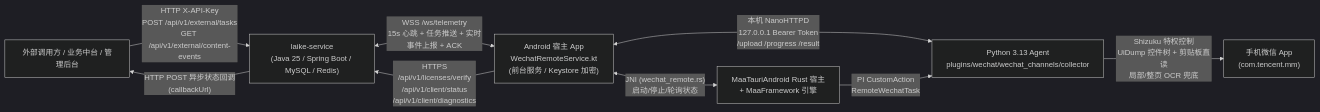
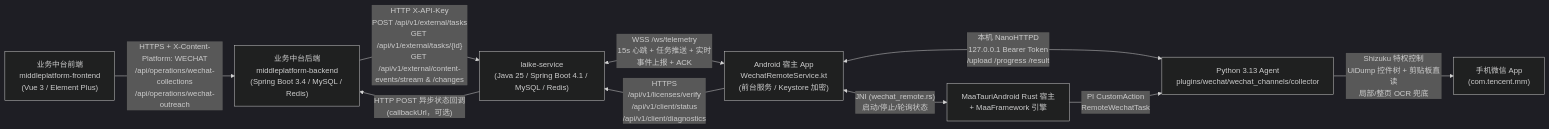
One commit to left0ver/xiaohongshu_wx_maa changed the diagram in HANDOVER.md. Above: the diagram before and after it, drawn with Mermaid (dark theme). The commit also changed other lines of this file, not shown here.

First line of the commit message:
docs(wechat): 在HANDOVER.md补充上游业务中台(middleplatform)视频号接入与维护指南

````diff
--- a/HANDOVER.md
+++ b/HANDOVER.md
@@ -18,14 +20,15 @@
 ```mermaid
 flowchart LR
-    Caller["外部调用方 / 业务中台 / 管理后台"] -->|"HTTP X-API-Key\nPOST /api/v1/external/tasks\nGET /api/v1/external/content-events"| Server["laike-service\n(Java 25 / Spring Boot / MySQL / Redis)"]
-    Server -->|"HTTP POST 异步状态回调\n(callbackUrl)"| Caller
+    MiddleFE["业务中台前端\nmiddleplatform-frontend\n(Vue 3 / Element Plus)"] -->|"HTTPS + X-Content-Platform: WECHAT\n/api/operations/wechat-collections\n/api/operations/wechat-outreach"| MiddleBE["业务中台后端\nmiddleplatform-backend\n(Spring Boot 3.4 / MySQL / Redis)"]
+    MiddleBE -->|"HTTP X-API-Key\nPOST /api/v1/external/tasks\nGET /api/v1/external/tasks/{id}\nGET /api/v1/external/content-events/stream & /changes"| Server["laike-service\n(Java 25 / Spring Boot 4.1 / MySQL / Redis)"]
+    Server -->|"HTTP POST 异步状态回调\n(callbackUrl，可选)"| MiddleBE
 
     Server <-->|"WSS /ws/telemetry\n15s 心跳 + 任务推送 + 实时事件上报 + ACK"| AndroidSvc["Android 宿主 App\nWechatRemoteService.kt\n(前台服务 / Keystore 加密)"]
     AndroidSvc -->|"HTTPS\n/api/v1/licenses/verify\n/api/v1/client/status\n/api/v1/client/diagnostics"| Server
 
     AndroidSvc <-->|"JNI (wechat_remote.rs)\n启动/停止/轮询状态"| RustHost["MaaTauriAndroid Rust 宿主\n+ MaaFramework 引擎"]
     AndroidSvc <-->|"本机 NanoHTTPD\n127.0.0.1 Bearer Token\n/upload /progress /result"| PyAgent["Python 3.13 Agent\nplugins/wechat/wechat_channels/collector"]
     RustHost -->|"PI CustomAction\nRemoteWechatTask"| PyAgent
 
     PyAgent -->|"Shizuku 特权控制\nUiDump 控件树 + 剪贴板直读\n局部/整页 OCR 兜底"| WeChat["手机微信 App\n(com.tencent.mm)"]
 ```
````
